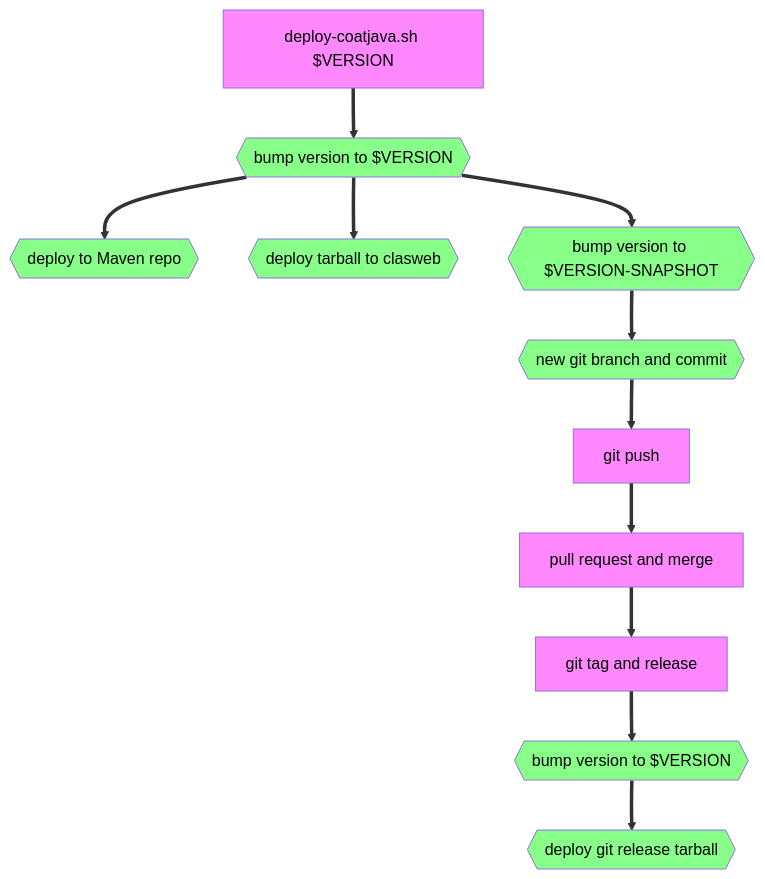
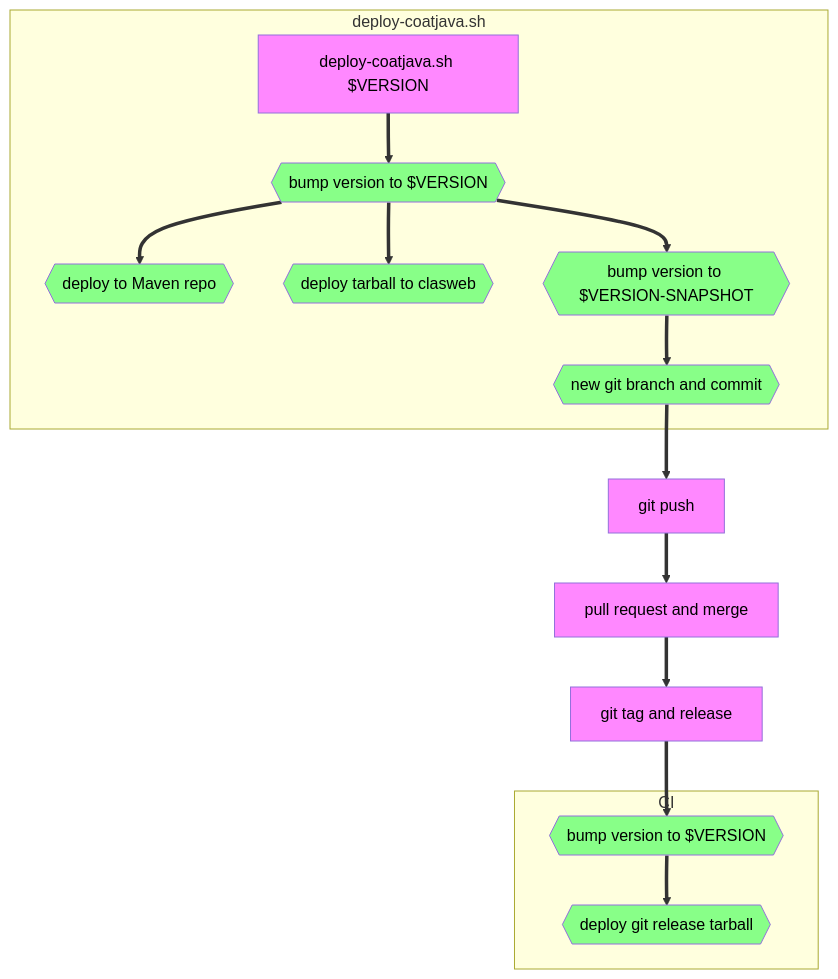
One commit to JeffersonLab/coatjava changed the diagram in docs/dev_notes.md. Above: the diagram before and after it, drawn with Mermaid.

````diff
--- a/docs/dev_notes.md
+++ b/docs/dev_notes.md
@@ -12,24 +12,28 @@
 ```mermaid
 flowchart TB
     classDef manual    fill:#f8f,color:black
     classDef automatic fill:#8f8,color:black
 
-    deployScript[deploy-coatjava.sh $VERSION]:::manual
-    bump1{{bump version to $VERSION}}:::automatic
-    deployMaven{{deploy to Maven repo}}:::automatic
-    deployTarball{{deploy tarball to clasweb}}:::automatic
-    bump2{{bump version to $VERSION-SNAPSHOT}}:::automatic
-    gitCommit{{new git branch and commit}}:::automatic
+    subgraph deploy-coatjava.sh
+        deployScript[deploy-coatjava.sh $VERSION]:::manual
+        bump1{{bump version to $VERSION}}:::automatic
+        deployMaven{{deploy to Maven repo}}:::automatic
+        deployTarball{{deploy tarball to clasweb}}:::automatic
+        bump2{{bump version to $VERSION-SNAPSHOT}}:::automatic
+        gitCommit{{new git branch and commit}}:::automatic
+    end
     gitPush[git push]:::manual
     pullRequest[pull request and merge]:::manual
     gitTag[git tag and release]:::manual
-    bump3{{bump version to $VERSION}}:::automatic
-    deployGit{{deploy git release tarball}}:::automatic
+    subgraph CI
+        bump3{{bump version to $VERSION}}:::automatic
+        deployGit{{deploy git release tarball}}:::automatic
+    end
 
     deployScript ==> bump1
     bump1 ==> deployMaven
     bump1 ==> deployTarball
     bump1 ==> bump2 ==> gitCommit
     gitCommit ==> gitPush ==> pullRequest ==> gitTag
     gitTag ==> bump3 ==> deployGit
 ```
````
